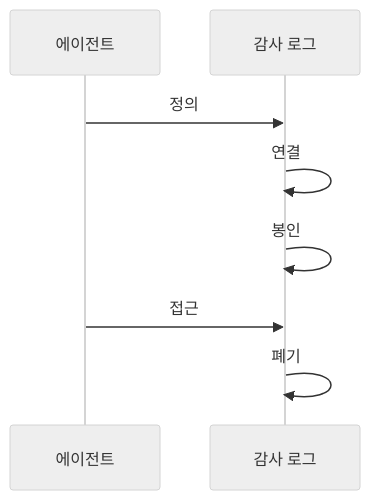
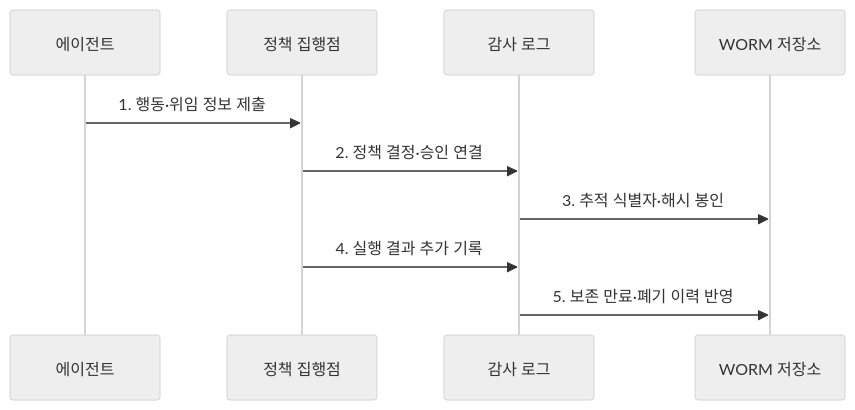
One commit to agnusdei1207/knowledge-base changed the diagram in src/content/docs/notes/08-latest-tech/018_agent_audit_log.md. Above: the diagram before and after it, drawn with Mermaid (neutral theme). The commit also changed other lines of this file and 16 other files, not shown here.

Commit message:
Add SVM chart comparisons and continue latest technology rewrite

````diff
--- a/src/content/docs/notes/08-latest-tech/018_agent_audit_log.md
+++ b/src/content/docs/notes/08-latest-tech/018_agent_audit_log.md
@@ -62,10 +62,12 @@
 ```mermaid
 sequenceDiagram
     participant A as 에이전트
+    participant P as 정책 집행점
     participant L as 감사 로그
-    A->>L: 정의
-    L->>L: 연결
-    L->>L: 봉인
-    A->>L: 접근
-    L->>L: 폐기
+    participant W as WORM 저장소
+    A->>P: 1. 행동·위임 정보 제출
+    P->>L: 2. 정책 결정·승인 연결
+    L->>W: 3. 추적 식별자·해시 봉인
+    P->>L: 4. 실행 결과 추가 기록
+    L->>W: 5. 보존 만료·폐기 이력 반영
 ```
````
